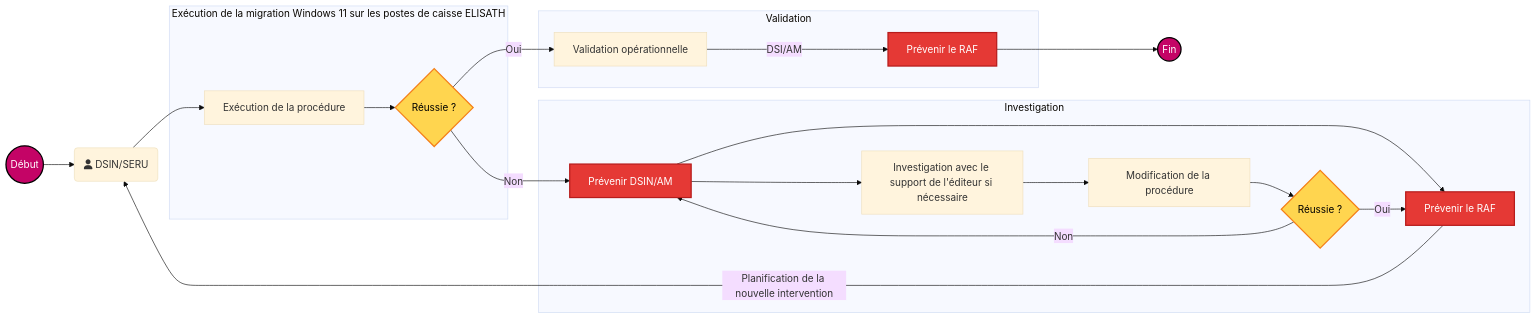
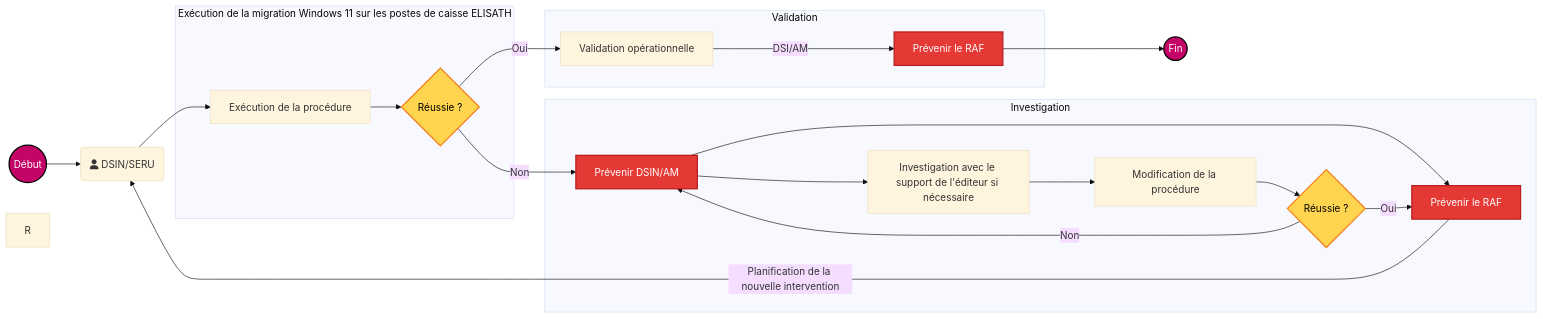
One commit to fdadda/iodraw-files changed the diagram in all/Flux de validation.md. Above: the diagram before and after it, drawn with Mermaid.

Commit message:
2026-05-12 11:12:44 update

````diff
--- a/all/Flux de validation.md
+++ b/all/Flux de validation.md
@@ -1,51 +1,53 @@
 ```mermaid
 %%{init: {
   "theme":"base",
   "themeVariables": { "fontSize":"16px" },
   "themeCSS": ".nodeLabel{font-weight:700;} .edgeLabel{font-weight:700;}"
 }}%%
 flowchart LR
 
     start((Début)) --> A
     A(fa:fa-user DSIN/SERU) --> B[Exécution de la procédure]
 
     subgraph Exécution de la migration Windows 11 sur les postes de caisse ELISATH
         B --> C{Réussie ?}
     end
 
     subgraph Validation
         C -->|Oui| D[Validation opérationnelle]
         D -->|DSI/AM| J[Prévenir le RAF]
     end
 
     J --> End((Fin))
 
     subgraph Investigation
         C -->|Non| E[Prévenir DSIN/AM]
         E --> F[Prévenir le RAF]
         E --> G[Investigation avec le support de l'éditeur si nécessaire]
         G --> H[Modification de la procédure]
         H --> I{Réussie ?}
         I -->|Oui| F
         I -->|Non| E
     end
 
     F -->|Planification de la nouvelle intervention| A
 
     %% --- STYLES ---
     classDef StartEndPoint fill:#c40466,stroke:#000,color:#fff,stroke-width:2px;
     classDef decision      fill:#ffd54f,stroke:#f57f17,color:#000,stroke-width:2px;
     classDef error         fill:#e53935,stroke:#b71c1c,color:#fff,stroke-width:2px;
 
     %% --- AFFECTATION DES CLASSES ---
     class start,End StartEndPoint;
     class C,I decision;
     class E,F,J error;
 
     %% --- Coide couleur ---
     %% Bleu marine #000080 un peu plus doux
     %% Midnight blue #191970 bleu nuit profond 
     %% Bleu foncé intense #080F70 plus “design”, légèrement grisé 
     %% Bleu foncé moderne #111184 un peu plus lumineux
     %% Orange #ffd54f
+    %% Rouge #e53935
+    R
 ```
````
